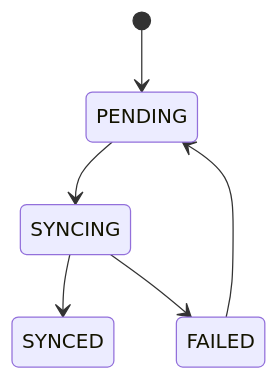
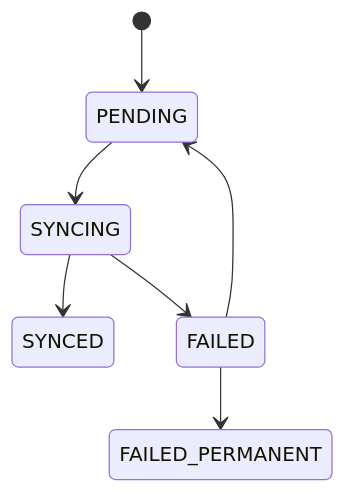
The third of 11 diagrams in 基本設計書.md (oniemikel/english-learning-tool), drawn with Mermaid before and after one commit. The commit also changed other lines of this file, not shown here.

````diff
--- a/基本設計書.md
+++ b/基本設計書.md
@@ -1195,8 +1206,9 @@
 ```mermaid
 stateDiagram-v2
     [*] --> PENDING
     PENDING --> SYNCING
     SYNCING --> SYNCED
     SYNCING --> FAILED
     FAILED --> PENDING
+    FAILED --> FAILED_PERMANENT
 ```
````
